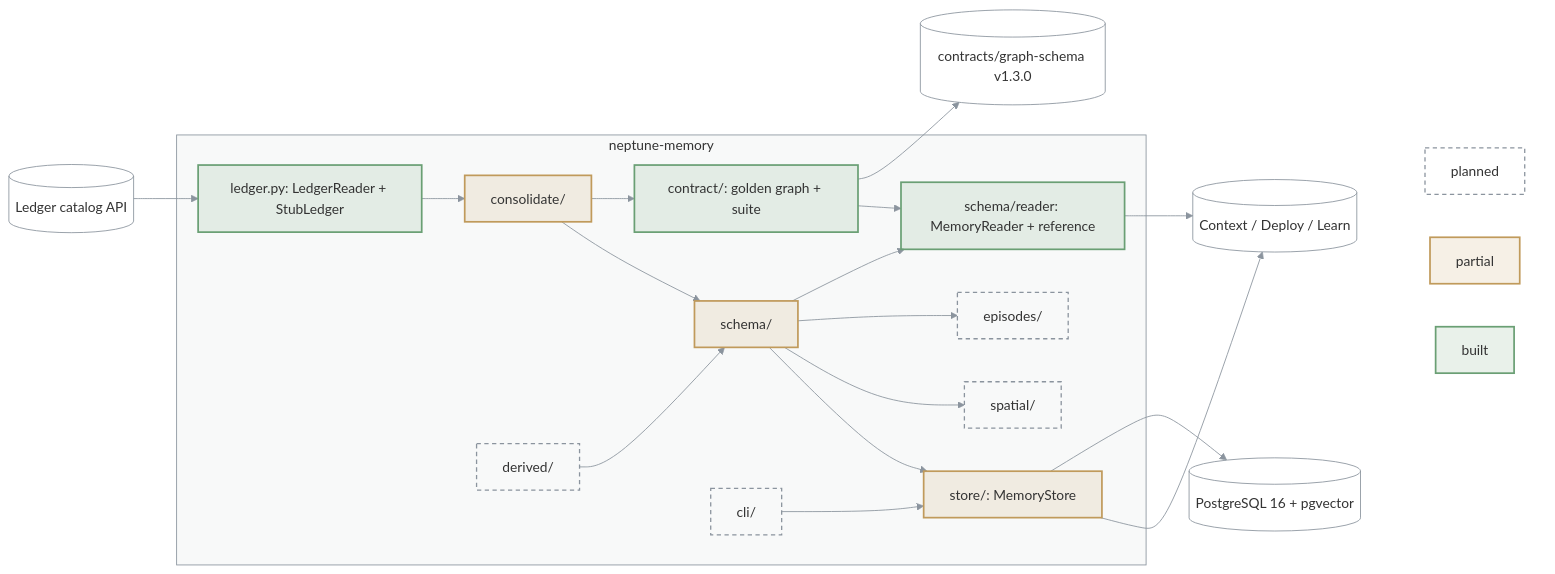
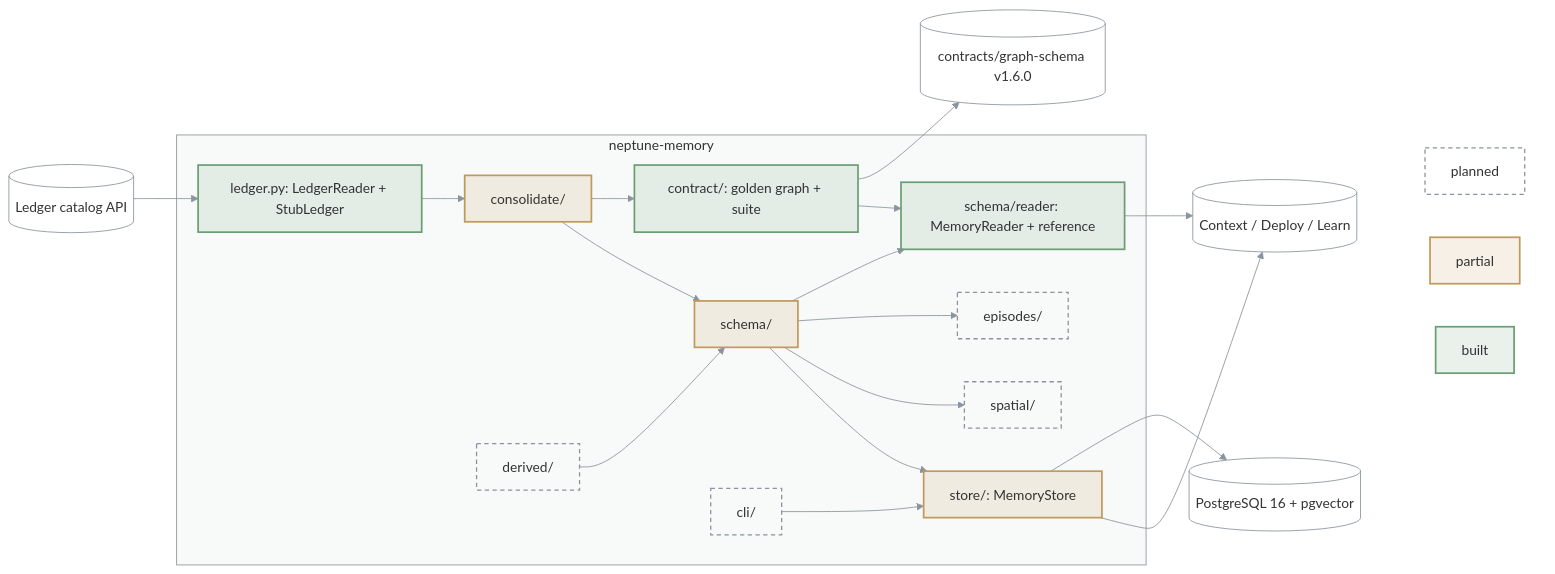
The diagram in packages/neptune-memory/ARCHITECTURE.md (bennytay/neptune), drawn with Mermaid before and after one commit. The commit also changed 22 other files, not shown here.

First line of the commit message:
feat(memory): publish graph-schema 1.6.0 with the event vocabulary (vocabulary 8)

````diff
--- a/packages/neptune-memory/ARCHITECTURE.md
+++ b/packages/neptune-memory/ARCHITECTURE.md
@@ -3,48 +3,48 @@
 ```mermaid
 flowchart LR
   LED[("Ledger catalog API")]
   PG[("PostgreSQL 16 + pgvector")]
   subgraph M["neptune-memory"]
     SEAM["ledger.py: LedgerReader + StubLedger"]
     CON["consolidate/"]
     DER["derived/"]
     SCH["schema/"]
     RD["schema/reader: MemoryReader + reference"]
     CT["contract/: golden graph + suite"]
     STO["store/: MemoryStore"]
     SPA["spatial/"]
     EPI["episodes/"]
     CLI["cli/"]
   end
   OUT[("Context / Deploy / Learn")]
   LED --> SEAM --> CON --> SCH --> STO
   DER --> SCH
   SCH --> SPA & EPI
   SCH --> RD --> OUT
   CON --> CT --> RD
-  CT --> REG[("contracts/graph-schema v1.3.0")]
+  CT --> REG[("contracts/graph-schema v1.6.0")]
   STO --> OUT
   CLI --> STO
   STO --> PG
 
   subgraph KEY[" "]
     K1["built"]
     K2["partial"]
     K3["planned"]
   end
   OUT ~~~ K1 & K2 & K3
 
   classDef built fill:#6a9f7426,stroke:#6a9f74,stroke-width:2px
   classDef partial fill:#c09a5b26,stroke:#c09a5b,stroke-width:2px
   classDef todo fill:none,stroke:#8b949e,stroke-width:1.5px,stroke-dasharray:5 4
   classDef ext fill:none,stroke:#8b949e,stroke-width:1px
   class K1 built
   class K2 partial
   class DER,SPA,EPI,CLI,K3 todo
   class CON,SCH,STO partial
   class SEAM,RD,CT built
   class LED,OUT,PG,REG ext
   style M fill:#8b949e0f,stroke:#8b949e
   style KEY fill:none,stroke:none
   linkStyle default stroke:#8b949e
 ```
````
